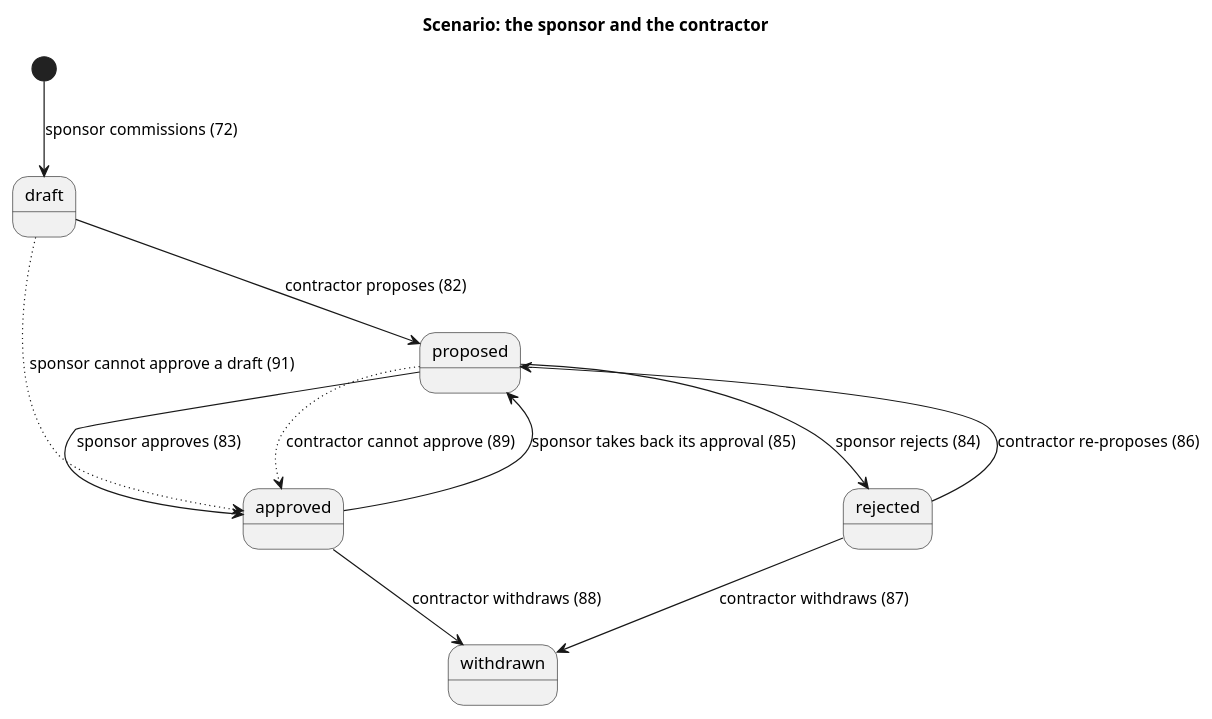
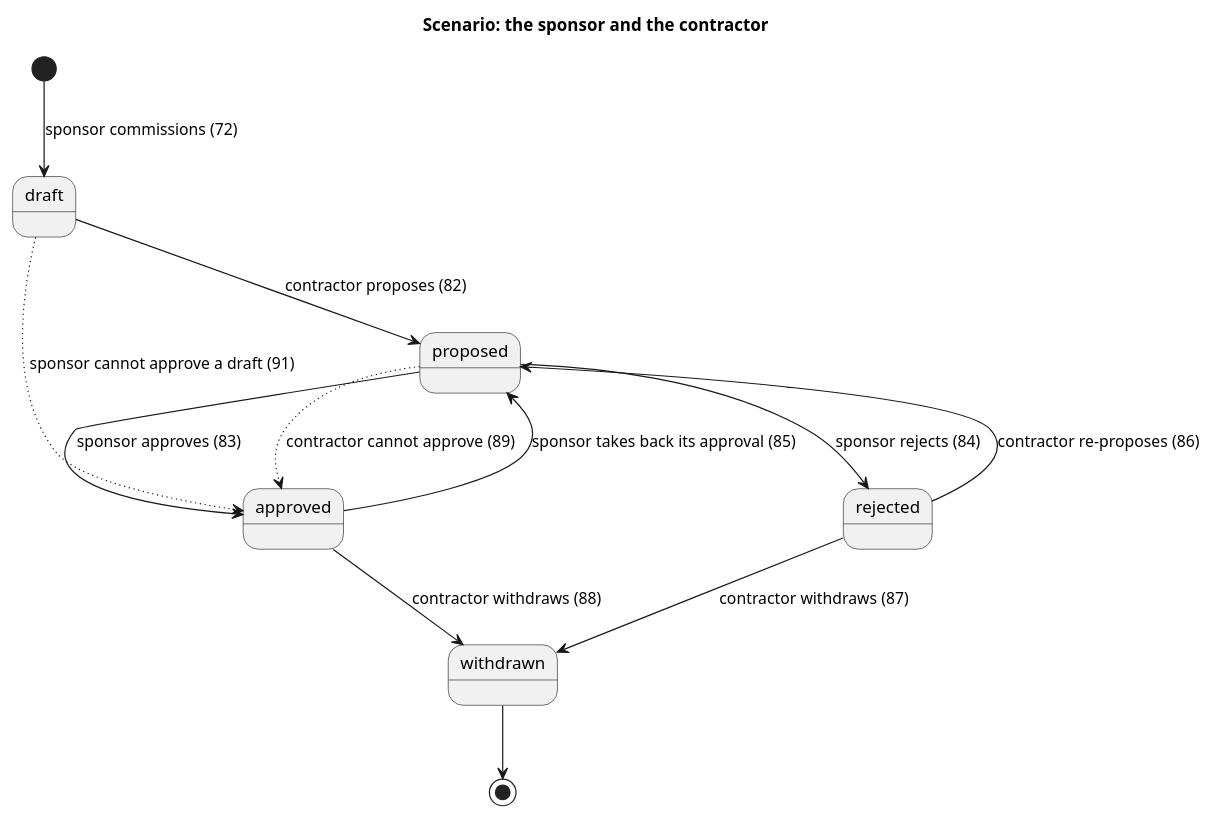
One commit to blueshed/dzql changed the diagram in uml/londons/src/scenario.puml. Above: the diagram before and after it, drawn with PlantUML. The commit also changed 10 other files, not shown here.

```diff
--- a/uml/londons/src/scenario.puml
+++ b/uml/londons/src/scenario.puml
@@ -1,13 +1,14 @@
 @startuml
 title Scenario: the sponsor and the contractor
 [*] --> draft : sponsor commissions (72)
 draft --> proposed : contractor proposes (82)
 proposed --> approved : sponsor approves (83)
 proposed --> rejected : sponsor rejects (84)
 approved --> proposed : sponsor takes back its approval (85)
 rejected --> proposed : contractor re-proposes (86)
 rejected --> withdrawn : contractor withdraws (87)
 approved --> withdrawn : contractor withdraws (88)
 proposed -[dotted]-> approved : contractor cannot approve (89)
 draft -[dotted]-> approved : sponsor cannot approve a draft (91)
+withdrawn --> [*]
 @enduml
```
